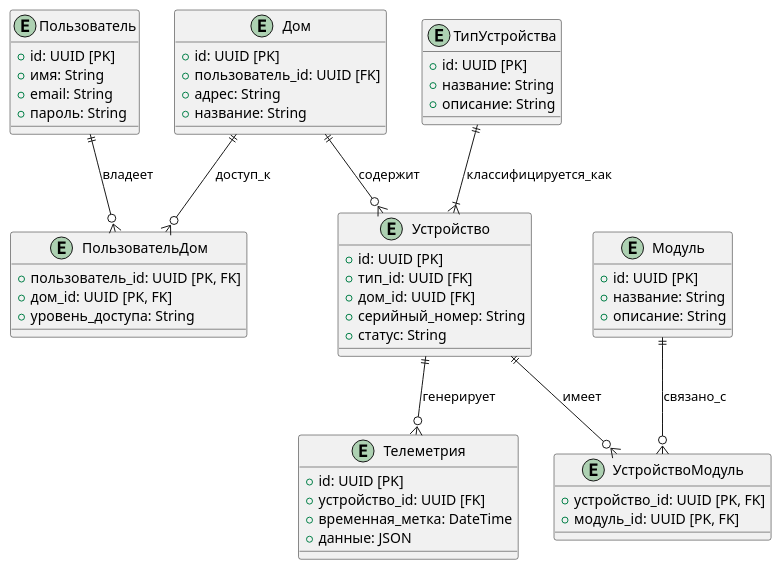
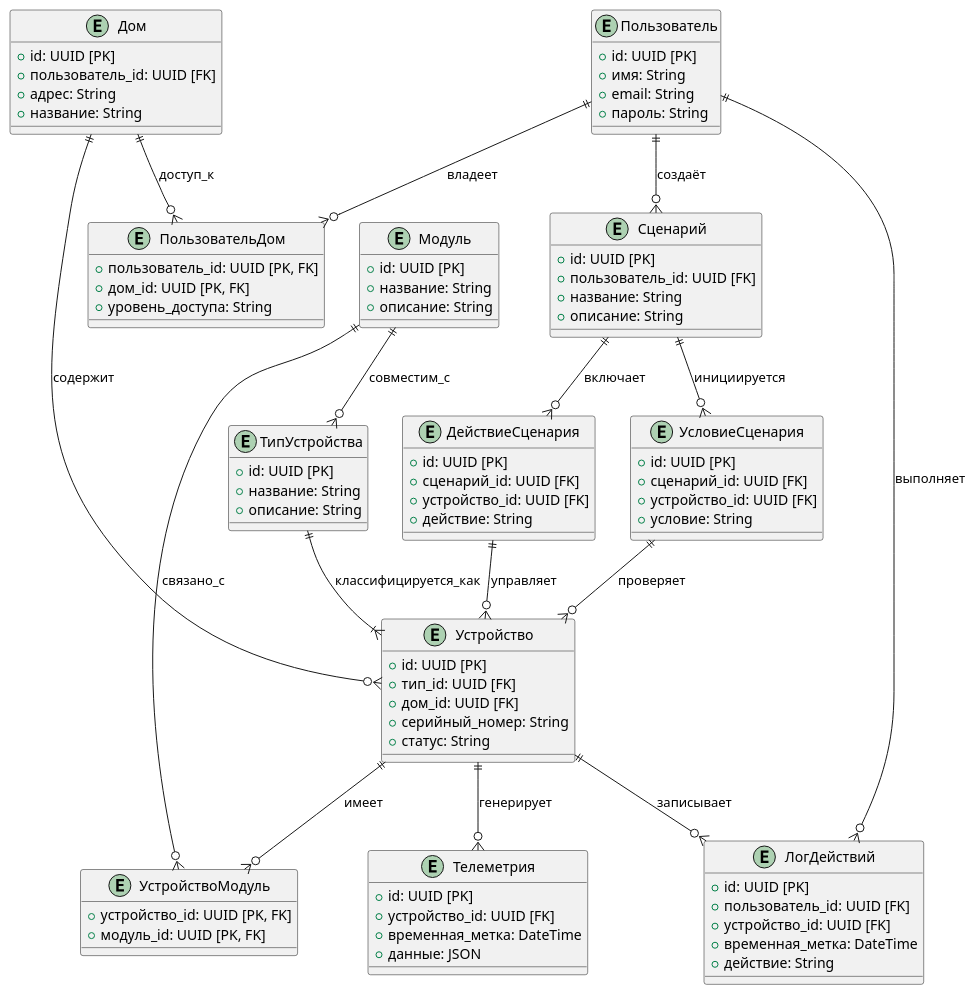
One commit to feodal01/architecture-sprint-3 changed the diagram in diagrams/er/smart-home-er.puml. Above: the diagram before and after it, drawn with PlantUML. The commit also changed 7 other files, not shown here.

```diff
--- a/diagrams/er/smart-home-er.puml
+++ b/diagrams/er/smart-home-er.puml
@@ -1,63 +1,99 @@
 @startuml
-
 entity Пользователь {
   + id: UUID [PK]
   + имя: String
   + email: String
   + пароль: String
 }
 
 entity Дом {
   + id: UUID [PK]
   + пользователь_id: UUID [FK]
   + адрес: String
   + название: String
 }
 
 entity Устройство {
   + id: UUID [PK]
   + тип_id: UUID [FK]
   + дом_id: UUID [FK]
   + серийный_номер: String
   + статус: String
 }
 
 entity ТипУстройства {
   + id: UUID [PK]
   + название: String
   + описание: String
 }
 
 entity Модуль {
   + id: UUID [PK]
   + название: String
   + описание: String
 }
 
 entity Телеметрия {
   + id: UUID [PK]
   + устройство_id: UUID [FK]
   + временная_метка: DateTime
   + данные: JSON
 }
 
 entity ПользовательДом {
   + пользователь_id: UUID [PK, FK]
   + дом_id: UUID [PK, FK]
   + уровень_доступа: String
 }
 
 entity УстройствоМодуль {
   + устройство_id: UUID [PK, FK]
   + модуль_id: UUID [PK, FK]
 }
 
+entity ЛогДействий {
+  + id: UUID [PK]
+  + пользователь_id: UUID [FK]
+  + устройство_id: UUID [FK]
+  + временная_метка: DateTime
+  + действие: String
+}
+
+entity Сценарий {
+  + id: UUID [PK]
+  + пользователь_id: UUID [FK]
+  + название: String
+  + описание: String
+}
+
+entity ДействиеСценария {
+  + id: UUID [PK]
+  + сценарий_id: UUID [FK]
+  + устройство_id: UUID [FK]
+  + действие: String
+}
+
+entity УсловиеСценария {
+  + id: UUID [PK]
+  + сценарий_id: UUID [FK]
+  + устройство_id: UUID [FK]
+  + условие: String
+}
+
 Пользователь ||--o{ ПользовательДом : владеет
 Дом ||--o{ ПользовательДом : доступ_к
 Дом ||--o{ Устройство : содержит
 Устройство ||--o{ Телеметрия : генерирует
 Устройство ||--o{ УстройствоМодуль : имеет
 Модуль ||--o{ УстройствоМодуль : связано_с
 ТипУстройства ||--|{ Устройство : классифицируется_как
+Модуль ||--o{ ТипУстройства : совместим_с
+Пользователь ||--o{ ЛогДействий : выполняет
+Устройство ||--o{ ЛогДействий : записывает
+Пользователь ||--o{ Сценарий : создаёт
+Сценарий ||--o{ ДействиеСценария : включает
+Сценарий ||--o{ УсловиеСценария : инициируется
+ДействиеСценария ||--o{ Устройство : управляет
+УсловиеСценария ||--o{ Устройство : проверяет
 
 @enduml
```
